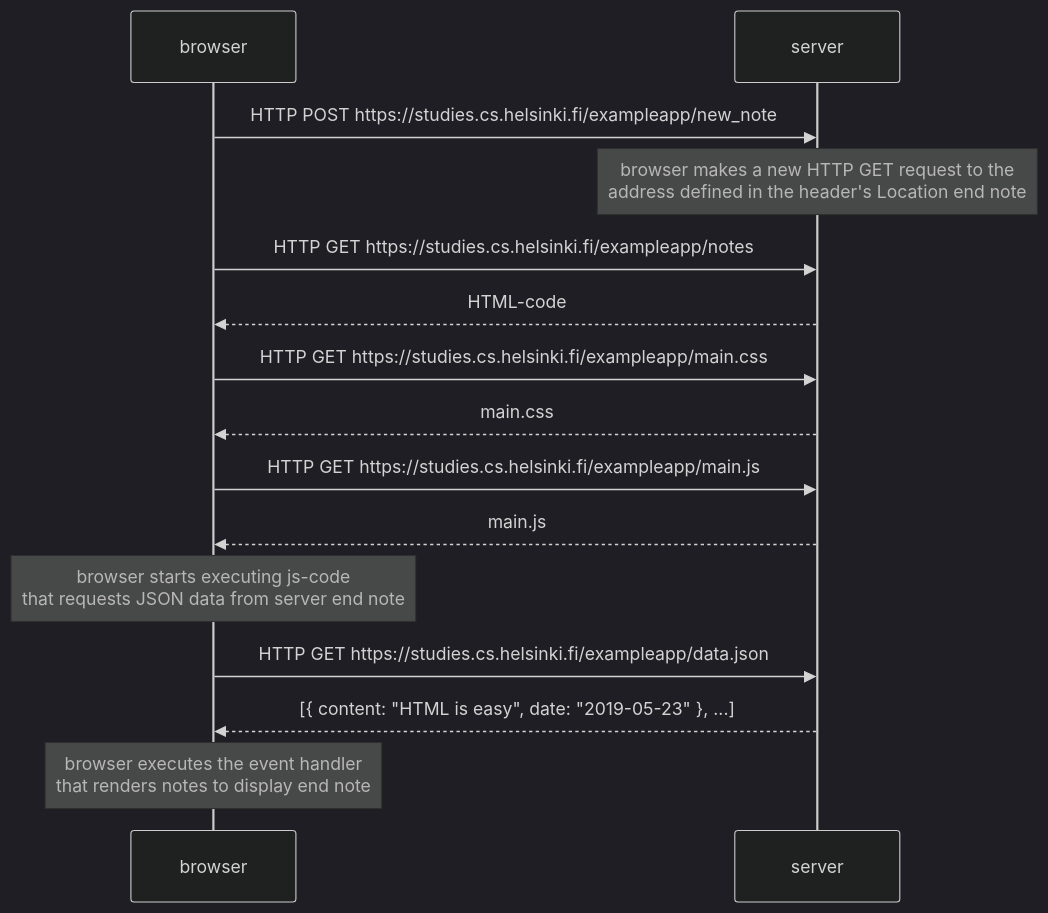
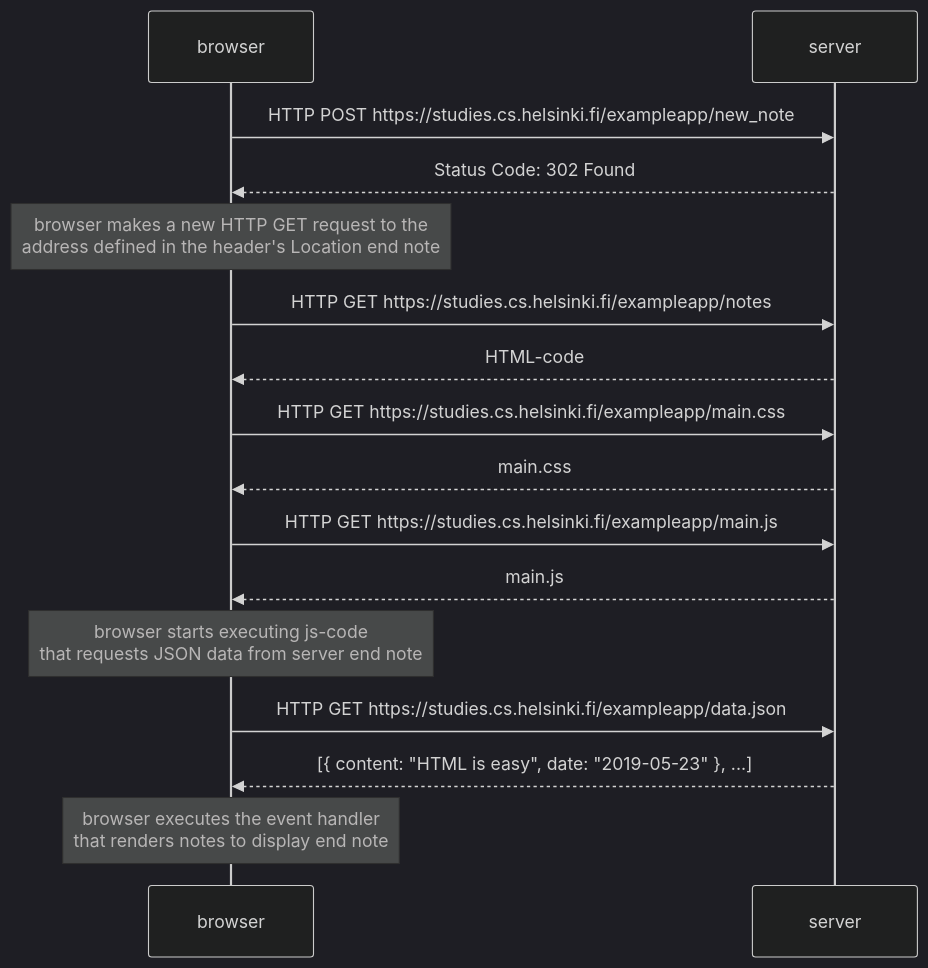
Before and after one commit to albispark/full-stack-open: the first of 2 diagrams in part0/README.md, drawn with Mermaid (dark theme). The commit also changed other lines of this file, not shown here.

````diff
--- a/part0/README.md
+++ b/part0/README.md
@@ -3,15 +4,16 @@
 ```mermaid
 sequenceDiagram
 browser->>server: HTTP POST https://studies.cs.helsinki.fi/exampleapp/new_note
-Note over server: browser makes a new HTTP GET request to the<br/> address defined in the header's Location end note
+server-->>browser: Status Code: 302 Found
+Note over browser: browser makes a new HTTP GET request to the<br/> address defined in the header's Location end note
 browser->>server: HTTP GET https://studies.cs.helsinki.fi/exampleapp/notes
 server-->>browser: HTML-code
 browser->>server: HTTP GET https://studies.cs.helsinki.fi/exampleapp/main.css
 server-->>browser: main.css
 browser->>server: HTTP GET https://studies.cs.helsinki.fi/exampleapp/main.js
 server-->>browser: main.js
 note over browser: browser starts executing js-code<br/> that requests JSON data from server end note
 browser->>server: HTTP GET https://studies.cs.helsinki.fi/exampleapp/data.json
 server-->>browser: [{ content: "HTML is easy", date: "2019-05-23" }, ...]
 note over browser: browser executes the event handler<br/> that renders notes to display end note
 ```
````
